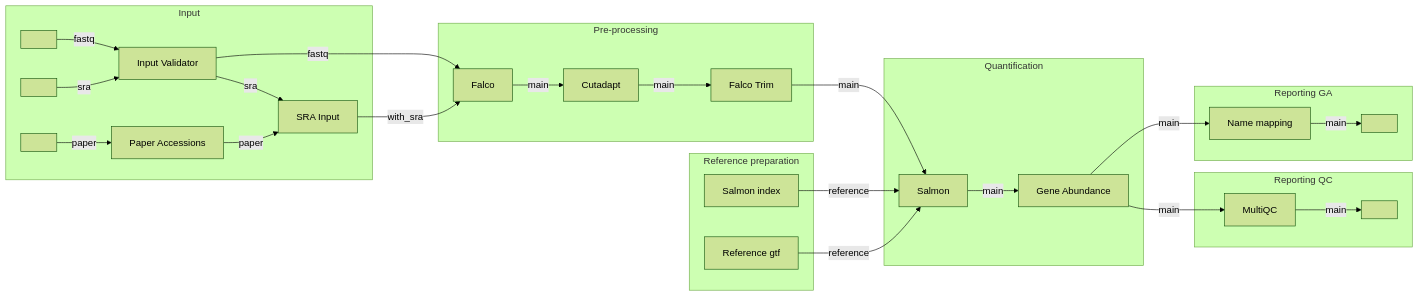
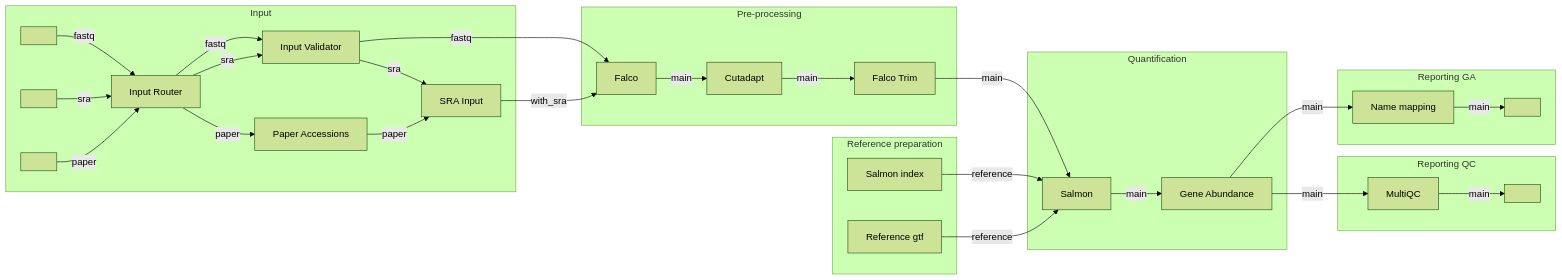
The diagram in assets/pipeline_metro.mmd (C0ldCl0ud/GenAbu), drawn with Mermaid (forest theme) before and after one commit. The commit also changed 1 other file, not shown here.

Commit message:
fix: included input router in map

```diff
--- a/assets/pipeline_metro.mmd
+++ b/assets/pipeline_metro.mmd
@@ -1,97 +1,101 @@
 %%metro title: GenAbu RNA-seq Analysis Pipeline
 %%metro style: nfcore
 
 %%metro line: fastq | FASTQ input | #a16e02
 %%metro line: sra | SRA input | #df0b0b
 %%metro line: paper | Paper accession | #ffdd00
 %%metro line: with_sra | SRA-derived reads | #fdad00
 %%metro line: main | Analysis workflow | #0ee20e
 %%metro line: reference | Reference input | #0a790a
 
 %%metro files: fastq_input | FASTQ | FASTQ input
 %%metro files: sra_input | SRA | SRA input
 %%metro files: paper_input | Paper | Paper accession
 %%metro files: genabu_table | csv | Gene abundance
 %%metro file: multiqc_report | MultiQC | MultiQC report
 %%metro files: salmon_index | Salmon index | Salmon index
 %%metro files: reference_gtf | GTF | Reference annotation
 
 %%metro off_track: genabu_table
 
 %%metro grid: input | 0,0
 %%metro grid: preprocessing | 1,0
 %%metro grid: reference | 1,1
 %%metro grid: quantification | 2,0
 %%metro grid: reporting | 3,0
 %%metro grid: reporting_genabu | 3,1
 
 graph LR
 
     subgraph input [Input]
 
         fastq_input[ ]
         sra_input[ ]
         paper_input[ ]
 
+        router[Input Router]
         validator[Input Validator]
         paper_accessions[Paper Accessions]
         sra[SRA Input]
 
-        fastq_input -->|fastq| validator
-        sra_input -->|sra| validator
-        paper_input -->|paper| paper_accessions
+        fastq_input -->|fastq| router
+        sra_input -->|sra| router
+        paper_input -->|paper| router
+        router -->|fastq| validator
+        router -->|sra| validator
+        router -->|paper| paper_accessions
         validator -->|sra| sra
         paper_accessions -->|paper| sra
     end
 
     subgraph preprocessing [Pre-processing]
 
         falco[Falco]
         cutadapt[Cutadapt]
         falco_trim[Falco Trim]
 
         falco -->|main| cutadapt
         cutadapt -->|main| falco_trim
     end
 
     subgraph quantification [Quantification]
 
         salmon[Salmon]
         gene_abundance[Gene Abundance]
 
         salmon -->|main| gene_abundance
 
     end
 
     subgraph reference [Reference preparation]
 
         salmon_index[Salmon index]
         reference_gtf[Reference gtf]
 
     end
 
     subgraph reporting [Reporting QC]
 
         multiqc[MultiQC]
         multiqc_report[ ]
 
         multiqc -->|main| multiqc_report
 
     end
 
     subgraph reporting_genabu [Reporting GA]
 
         gene_name[Name mapping]
         genabu_table[ ]
 
         gene_name -->|main| genabu_table
 
     end
 
     validator -->|fastq| falco
     sra -->|with_sra| falco
     falco_trim -->|main| salmon
     salmon_index -->|reference| salmon
     reference_gtf -->|reference| salmon
     gene_abundance -->|main| multiqc
     gene_abundance -->|main| gene_name
```
